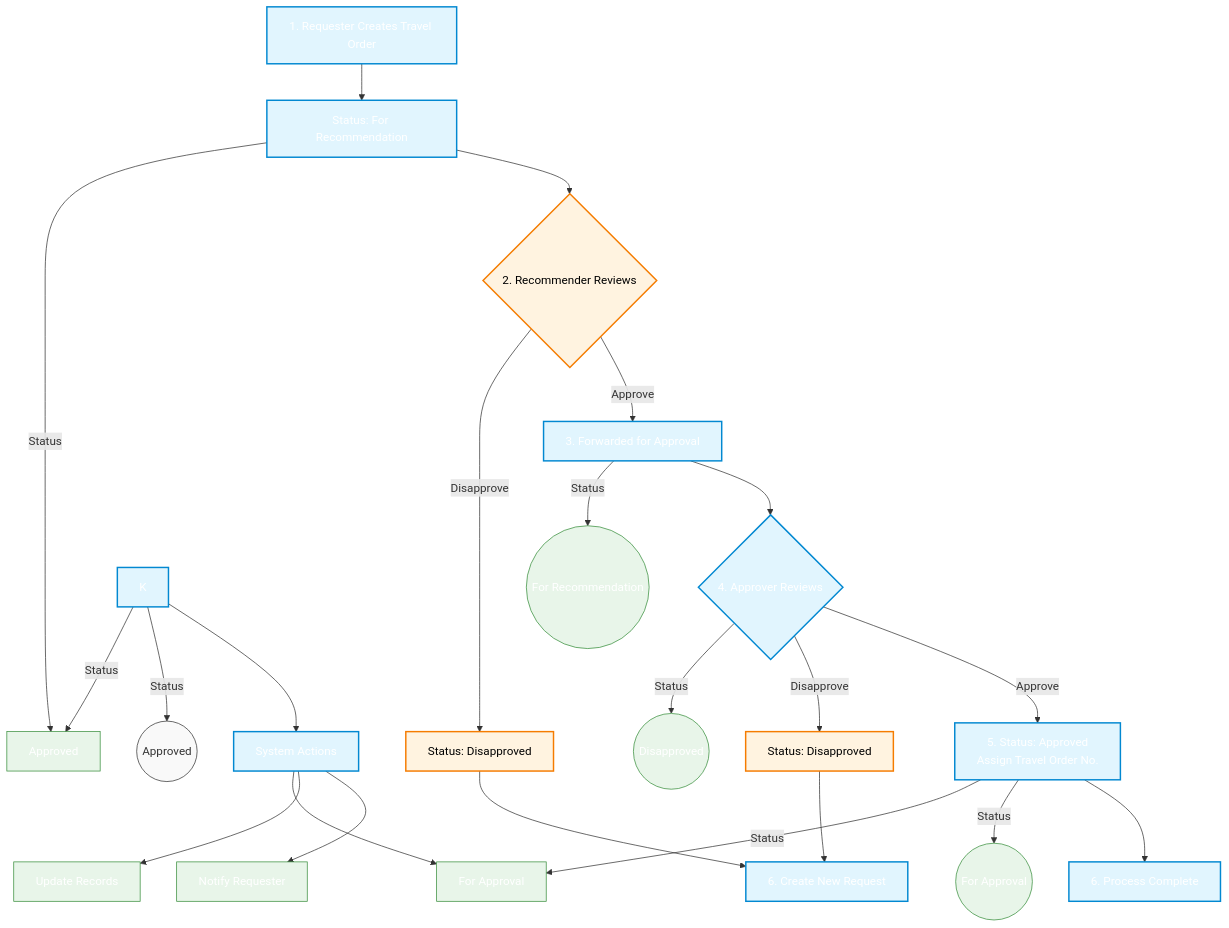
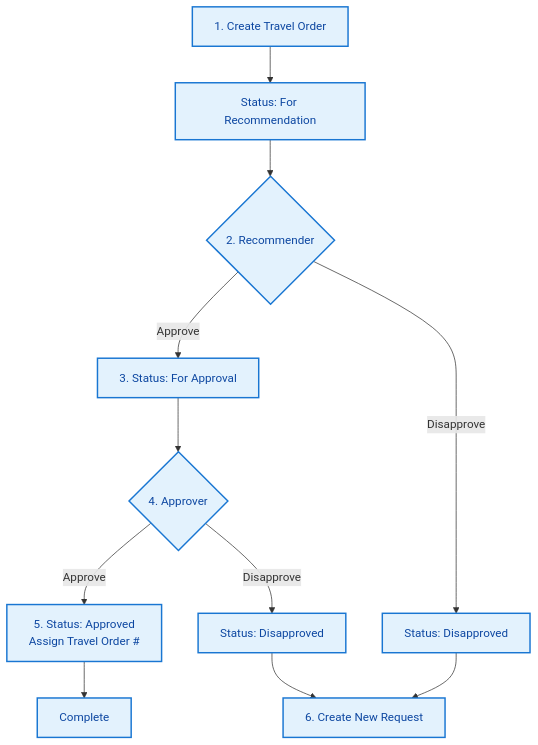
The first of 2 diagrams in docs/flow-chart.md (brandon3sican/denr_travel_order), drawn with Mermaid before and after one commit. The commit also changed other lines of this file and 1 other file, not shown here.

Commit message:
Flowchart and Navigation Update

````diff
--- a/docs/flow-chart.md
+++ b/docs/flow-chart.md
@@ -5,69 +5,34 @@
 ```mermaid
 flowchart TD
-    %% Step 1: Create Travel Order
-    A[1. Requester Creates Travel Order] --> B[Status: For Recommendation]
+    A[1. Create Travel Order] --> B[Status: For Recommendation]
     
-    %% Step 2 & 3: Recommender Review
-    B --> C{2. Recommender Reviews}
-    C -->|Approve| D[3. Forwarded for Approval]
+    B --> C{2. Recommender}
+    C -->|Approve| D[3. Status: For Approval]
     C -->|Disapprove| E[Status: Disapproved]
     
-    %% Step 4 & 5: Approver Review
-    D --> F{4. Approver Reviews}
-    F -->|Approve| G[5. Status: Approved\nAssign Travel Order No.]
+    D --> F{4. Approver}
+    F -->|Approve| G[5. Status: Approved\nAssign Travel Order #]
     F -->|Disapprove| H[Status: Disapproved]
     
-    %% Step 6: End States
     E --> I[6. Create New Request]
     H --> I
-    G --> J[6. Process Complete]
+    G --> J[Complete]
     
     %% Styling
-    classDef default fill:#f9f9f9,stroke:#333,stroke-width:1px
-    classDef process fill:#e1f5fe,stroke:#0288d1,stroke-width:2px
-    classDef decision fill:#fff3e0,stroke:#f57c00,stroke-width:2px
-    classDef status fill:#e8f5e9,stroke:#388e3c,stroke-width:1px
-    classDef rejected fill:#ffebee,stroke:#c62828,stroke-width:1px
+    classDef process fill:#e3f2fd,stroke:#1976d2,stroke-width:2px,color:#0d47a1
+    classDef decision fill:#fff3e0,stroke:#fb8c00,stroke-width:2px,color:#e65100
+    classDef approved fill:#e8f5e9,stroke:#2e7d32,stroke-width:2px,color:#1b5e20
+    classDef rejected fill:#ffebee,stroke:#c62828,stroke-width:2px,color:#b71c1c
+    classDef status fill:#e1f5fe,stroke:#0288d1,stroke-width:1.5px,color:#01579b
     
-    class A,B,D process
+    class A process
     class C,F decision
-    class G status
+    class G approved
     class E,H rejected
-    
-    %% Post-Approval Actions
-    K --> L[System Actions]
-    L --> M[Notify Requester]
-    L --> N[Update Records]
-    L --> O[Generate Official Documents]
-    
-    %% Status Tracking
-    B -->|Status| P((Draft))
-    D -->|Status| Q((For Recommendation))
-    F -->|Status| R((Disapproved))
-    G -->|Status| S((For Approval))
-    K -->|Status| T((Approved))
-    
-    %% Styling
-    classDef startend fill:#4caf50,stroke:#2e7d32,color:white,stroke-width:2px
-    classDef process fill:#2196f3,stroke:#0d47a1,color:white,stroke-width:2px
-    classDef decision fill:#ff9800,stroke:#e65100,color:black,stroke-width:2px
-    classDef status fill:#9c27b0,stroke:#4a148c,color:white,stroke-width:2px
-    classDef system fill:#607d8b,stroke:#263238,color:white,stroke-width:2px
+    class B,D status
     
     class A startend
     class B,C,D,E,F,G,H,I,J,K,L,M,N,O process
     class P,Q,R,S status
     class L system
-    G -->|Status| O[For Approval]
-    K -->|Status| P[Approved]
-    
-    %% Styling
-    classDef default fill:#f9f9f9,stroke:#333,stroke-width:1px;
-    classDef process fill:#e1f5fe,stroke:#0288d1,stroke-width:2px;
-    classDef decision fill:#fff3e0,stroke:#f57c00,stroke-width:2px;
-    classDef status fill:#e8f5e9,stroke:#388e3c,stroke-width:1px;
-    
-    class A,B,D,G,J,L process;
-    class C,E,H decision;
-    class M,N,O,P status;
 ```
````
